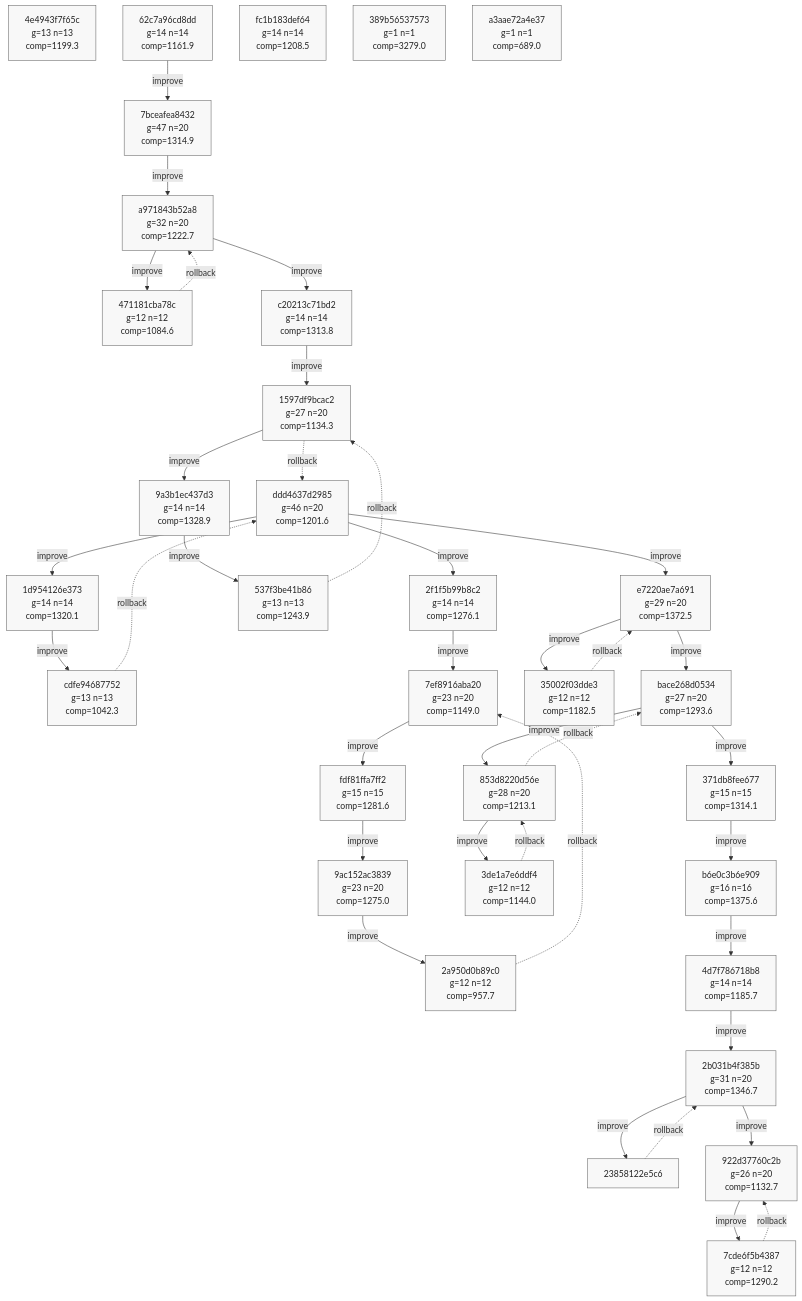
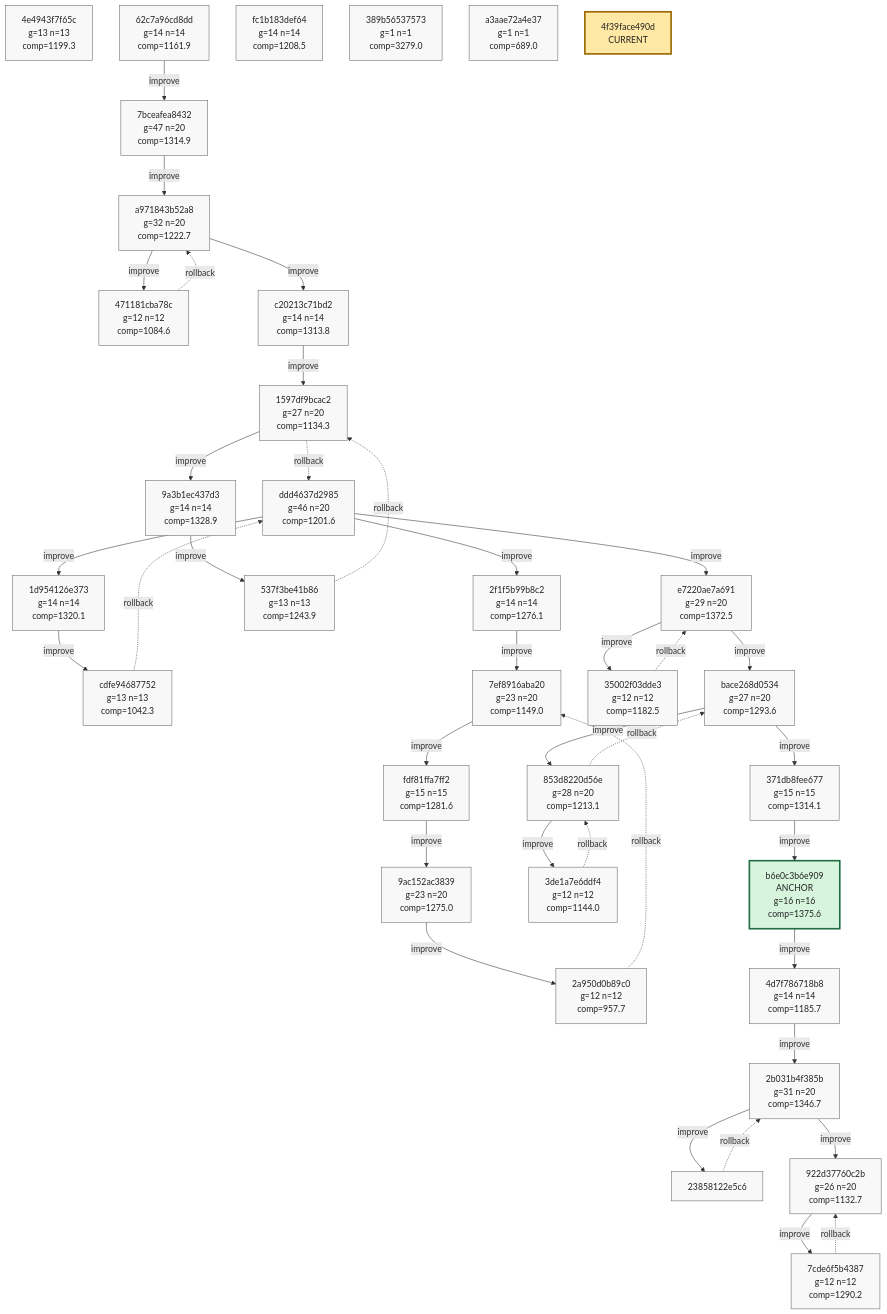
One commit to azumag/soviet_now changed the ninth of 9 diagrams in phyrogenetic-tree.md. Above: the diagram before and after it, drawn with Mermaid. The commit also changed other lines of this file and 2 other files, not shown here.

````diff
--- a/phyrogenetic-tree.md
+++ b/phyrogenetic-tree.md
@@ -2265,7 +2268,7 @@
     h_853d8220d56e["853d8220d56e<br/>g=28 n=20<br/>comp=1213.1"]
     h_3de1a7e6ddf4["3de1a7e6ddf4<br/>g=12 n=12<br/>comp=1144.0"]
     h_371db8fee677["371db8fee677<br/>g=15 n=15<br/>comp=1314.1"]
-    h_b6e0c3b6e909["b6e0c3b6e909<br/>g=16 n=16<br/>comp=1375.6"]
+    h_b6e0c3b6e909["b6e0c3b6e909<br/>ANCHOR<br/>g=16 n=16<br/>comp=1375.6"]
     h_4d7f786718b8["4d7f786718b8<br/>g=14 n=14<br/>comp=1185.7"]
     h_2b031b4f385b["2b031b4f385b<br/>g=31 n=20<br/>comp=1346.7"]
     h_23858122e5c6["23858122e5c6"]
@@ -2274,6 +2277,7 @@
     h_fc1b183def64["fc1b183def64<br/>g=14 n=14<br/>comp=1208.5"]
     h_389b56537573["389b56537573<br/>g=1 n=1<br/>comp=3279.0"]
     h_a3aae72a4e37["a3aae72a4e37<br/>g=1 n=1<br/>comp=689.0"]
+    h_4f39face490d["4f39face490d<br/>CURRENT"]
 
     h_ddd4637d2985 -->|improve| h_1d954126e373
     h_1d954126e373 -->|improve| h_cdfe94687752
@@ -2340,7 +2344,7 @@
     class h_853d8220d56e plain;
     class h_3de1a7e6ddf4 plain;
     class h_371db8fee677 plain;
-    class h_b6e0c3b6e909 plain;
+    class h_b6e0c3b6e909 anchor;
     class h_4d7f786718b8 plain;
     class h_2b031b4f385b plain;
     class h_23858122e5c6 plain;
@@ -2349,4 +2353,5 @@
     class h_fc1b183def64 plain;
     class h_389b56537573 plain;
     class h_a3aae72a4e37 plain;
+    class h_4f39face490d current;
 ```
````
